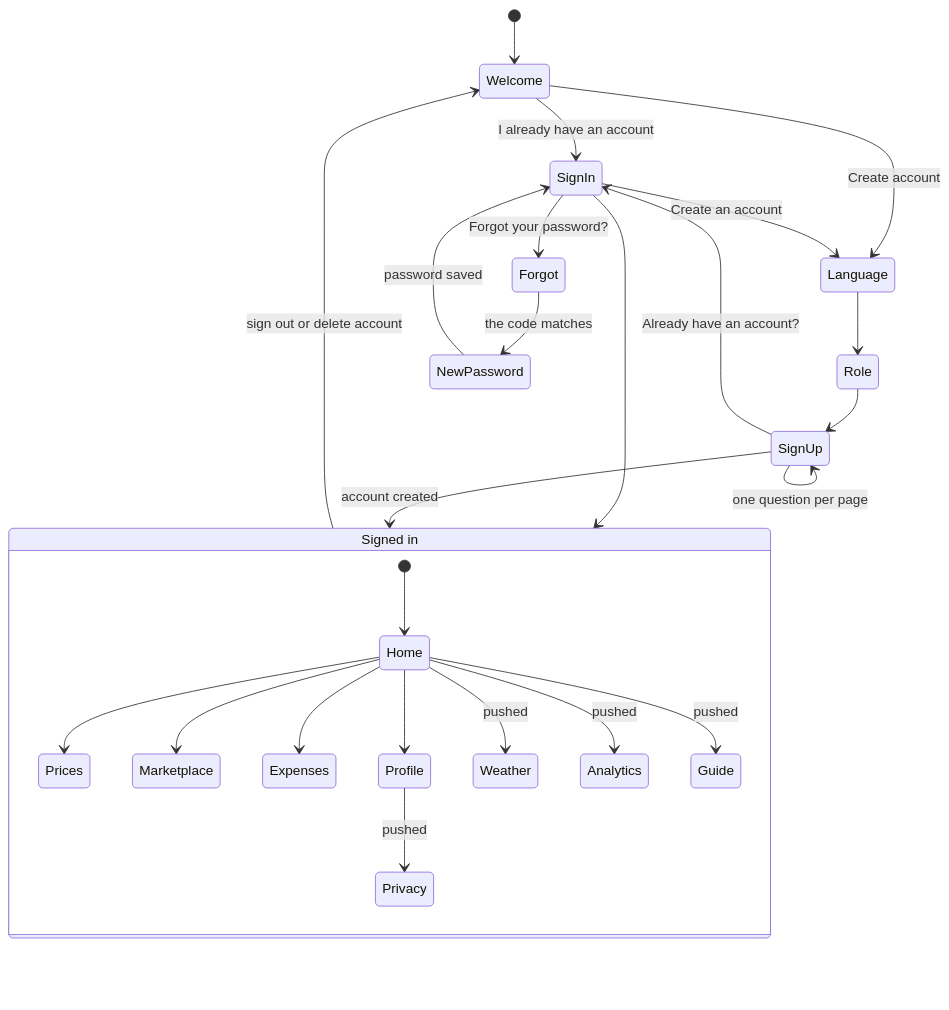
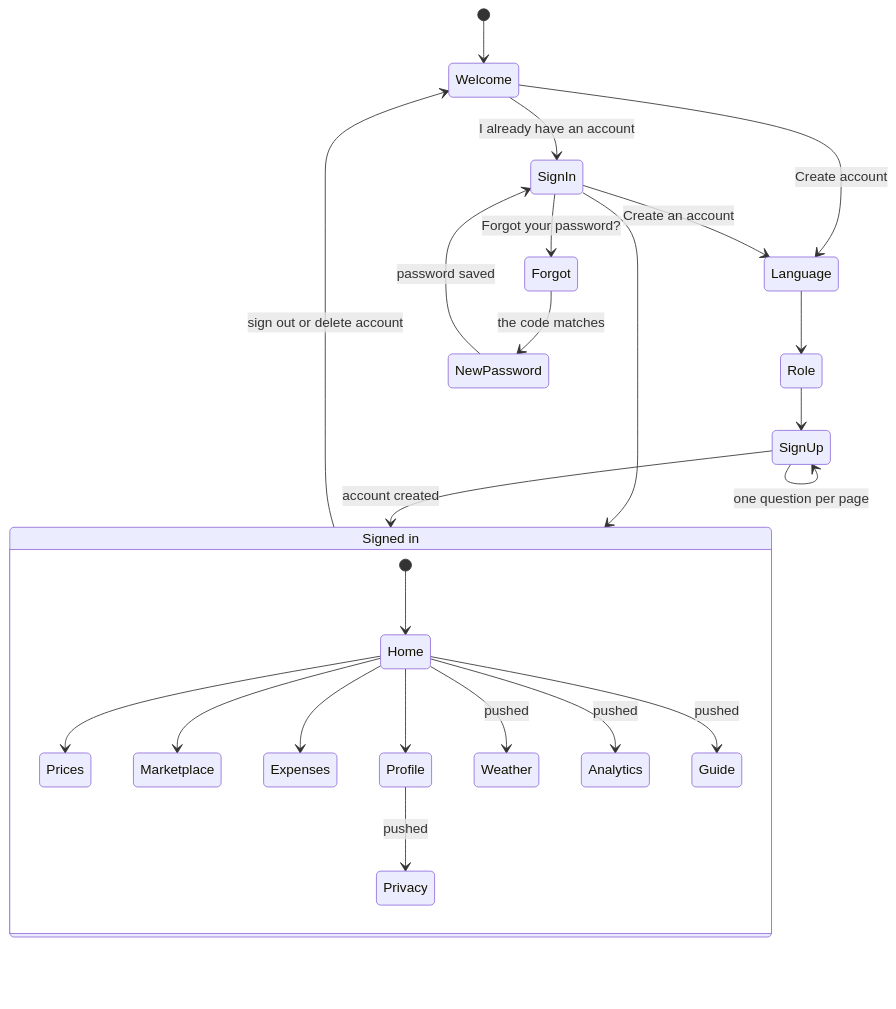
Before and after one commit to yslruzly/AniSense: the third of 11 diagrams in docs/architecture.md, drawn with Mermaid. The commit also changed other lines of this file and 2 other files, not shown here.

Commit message:
Docs: SQLite offline design, opening without signal, orders and ratings live, featured farmers, nationwide sign-up, tab memory

````diff
--- a/docs/architecture.md
+++ b/docs/architecture.md
@@ -152,29 +157,28 @@
 ```mermaid
 stateDiagram-v2
   [*] --> Welcome
   Welcome --> SignIn: I already have an account
   Welcome --> Language: Create account
   Language --> Role
   Role --> SignUp
   SignUp --> SignUp: one question per page
-  SignUp --> SignIn: Already have an account?
   SignIn --> Language: Create an account
   SignIn --> Forgot: Forgot your password?
   Forgot --> NewPassword: the code matches
   NewPassword --> SignIn: password saved
   SignIn --> In
   SignUp --> In: account created
 
   state "Signed in" as In {
     [*] --> Home
     Home --> Prices
     Home --> Marketplace
     Home --> Expenses
     Home --> Profile
     Home --> Weather: pushed
     Home --> Analytics: pushed
     Home --> Guide: pushed
     Profile --> Privacy: pushed
   }
   In --> Welcome: sign out or delete account
 ```
````
